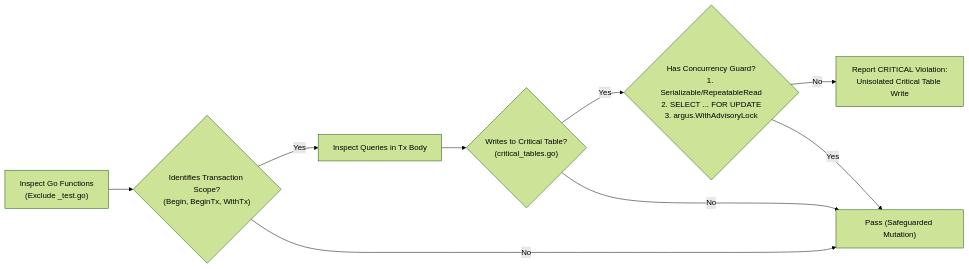
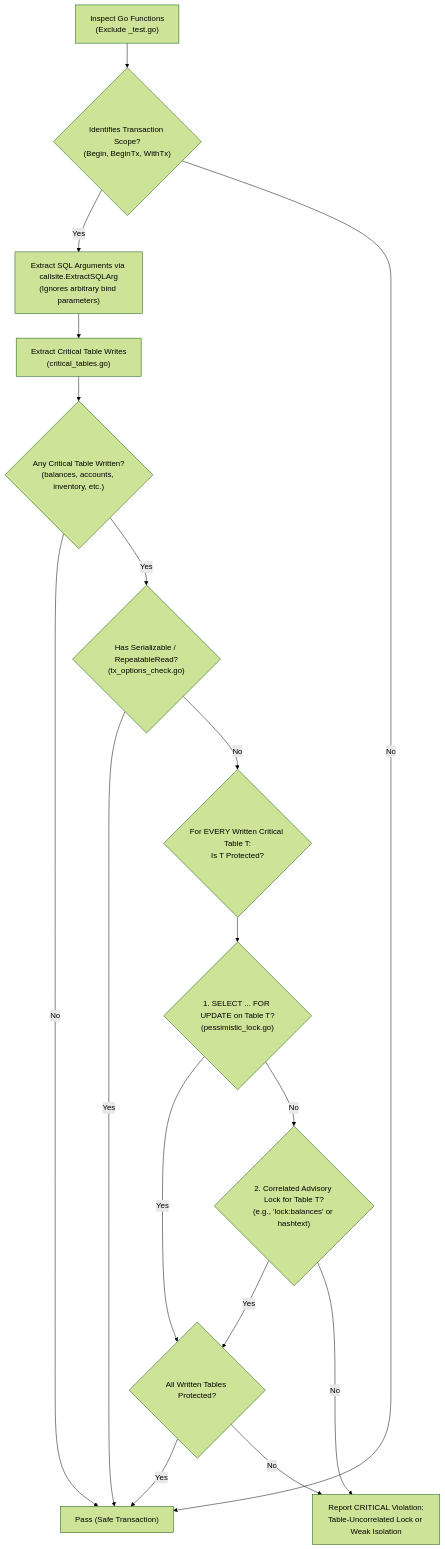
The second of 2 diagrams in wiki/ARGUS-A10.md (will2469/argus), drawn with Mermaid (forest theme) before and after one commit. The commit also changed other lines of this file and 9 other files, not shown here.

Commit message:
feat(a10): implement table-correlated row locking, schema identity, and safe dml target extraction

````diff
--- a/wiki/ARGUS-A10.md
+++ b/wiki/ARGUS-A10.md
@@ -63,11 +63,19 @@
 ```mermaid
-flowchart LR
+flowchart TD
     Scan["Inspect Go Functions<br/>(Exclude _test.go)"] --> DetectTx{"Identifies Transaction Scope?<br/>(Begin, BeginTx, WithTx)"}
-    DetectTx -->|Yes| CheckSQL["Inspect Queries in Tx Body"]
-    CheckSQL --> CriticalCheck{"Writes to Critical Table?<br/>(critical_tables.go)"}
-    CriticalCheck -->|Yes| GuardCheck{"Has Concurrency Guard?<br/>1. Serializable/RepeatableRead<br/>2. SELECT ... FOR UPDATE<br/>3. argus.WithAdvisoryLock"}
-    GuardCheck -->|No| Report["Report CRITICAL Violation:<br/>Unisolated Critical Table Write"]
-    GuardCheck -->|Yes| Pass["Pass (Safeguarded Mutation)"]
-    CriticalCheck -->|No| Pass
+    DetectTx -->|Yes| ExtractQueries["Extract SQL Arguments via callsite.ExtractSQLArg<br/>(Ignores arbitrary bind parameters)"]
+    ExtractQueries --> FindWrites["Extract Critical Table Writes<br/>(critical_tables.go)"]
+    FindWrites --> CheckWrites{"Any Critical Table Written?<br/>(balances, accounts, inventory, etc.)"}
+    CheckWrites -->|No| Pass["Pass (Safe Transaction)"]
+    CheckWrites -->|Yes| CheckIso{"Has Serializable / RepeatableRead?<br/>(tx_options_check.go)"}
+    CheckIso -->|Yes| Pass
+    CheckIso -->|No| CorrelateLocks{"For EVERY Written Critical Table T:<br/>Is T Protected?"}
+    CorrelateLocks --> Lock1{"1. SELECT ... FOR UPDATE on Table T?<br/>(pessimistic_lock.go)"}
+    Lock1 -->|Yes| NextTable{"All Written Tables Protected?"}
+    Lock1 -->|No| Lock2{"2. Correlated Advisory Lock for Table T?<br/>(e.g., 'lock:balances' or hashtext)"}
+    Lock2 -->|Yes| NextTable
+    Lock2 -->|No| Report["Report CRITICAL Violation:<br/>Table-Uncorrelated Lock or Weak Isolation"]
+    NextTable -->|Yes| Pass
+    NextTable -->|No| Report
     DetectTx -->|No| Pass
 ```
````
